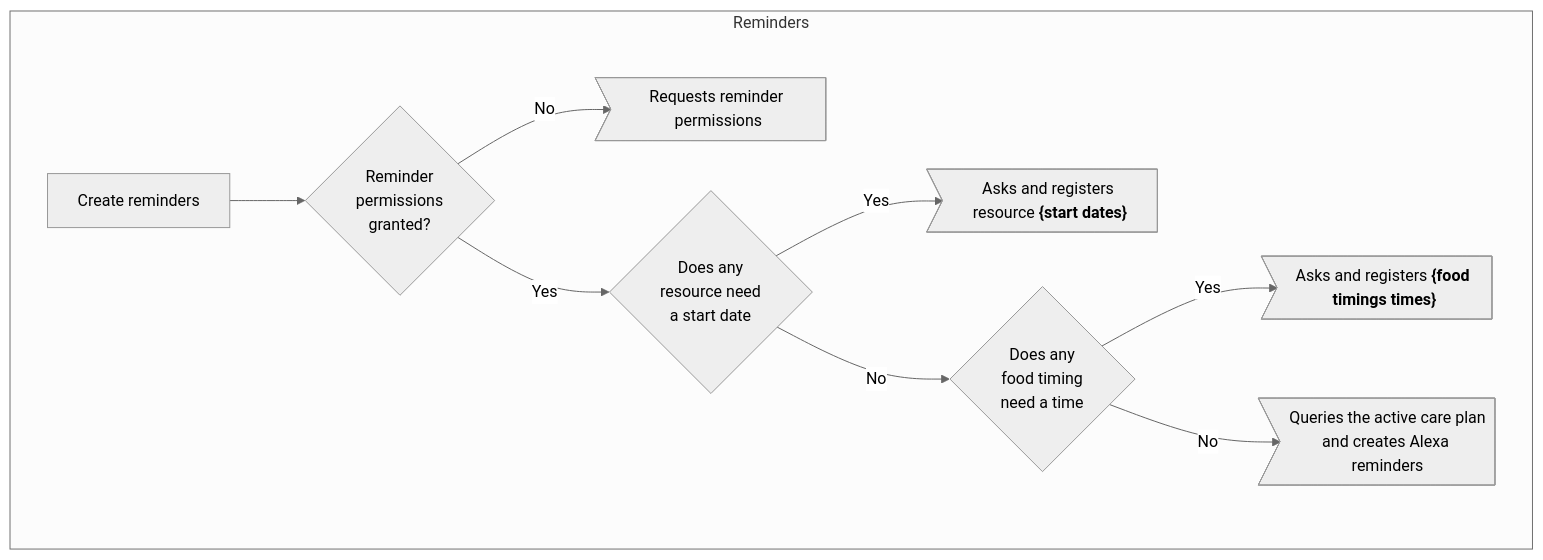
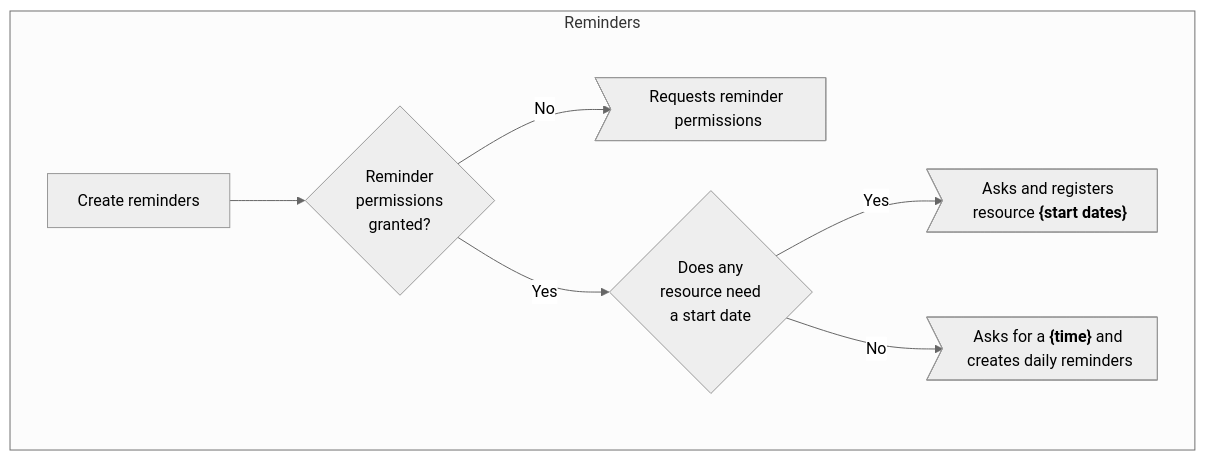
One commit to adonozo/diabetes-assistant-skill changed the fourth of 5 diagrams in alexa-model.md. Above: the diagram before and after it, drawn with Mermaid (neutral theme). The commit also changed other lines of this file, not shown here.

````diff
--- a/alexa-model.md
+++ b/alexa-model.md
@@ -41,21 +46,17 @@
 ```mermaid
 graph TD
     subgraph Reminders
         R5[Create reminders]
-        A5A>Queries the active care plan<br>and creates Alexa reminders]
+        A5A>"`Asks for a **{time}** and creates daily reminders`"]
         C2{Reminder<br>permissions<br>granted?}
         A5B>Requests reminder permissions]
         C4{Does any<br>resource need<br>a start date}
         A6>"`Asks and registers resource **{start dates}**`"]
-        C5{Does any<br>food timing<br>need a time}
-        A7>"`Asks and registers **{food timings times}**`"]
 
         R5 --> C2
         C2 -->|No| A5B
         C2 -->|Yes| C4
         C4 -->|Yes| A6
-        C4 -->|No| C5
-        C5 -->|Yes| A7
-        C5 -->|No| A5A
+        C4 -->|No| A5A
     end
 ```
````
